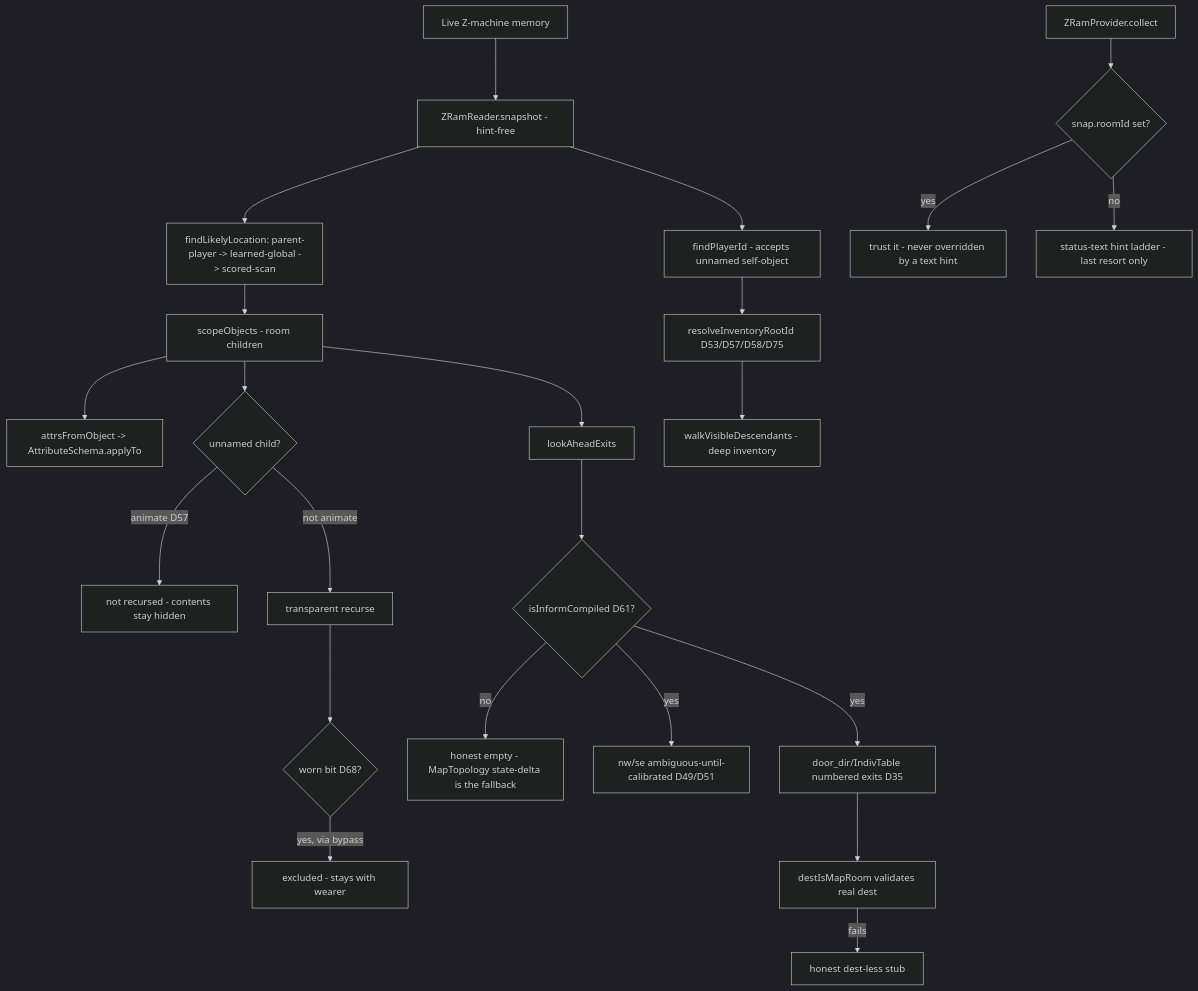
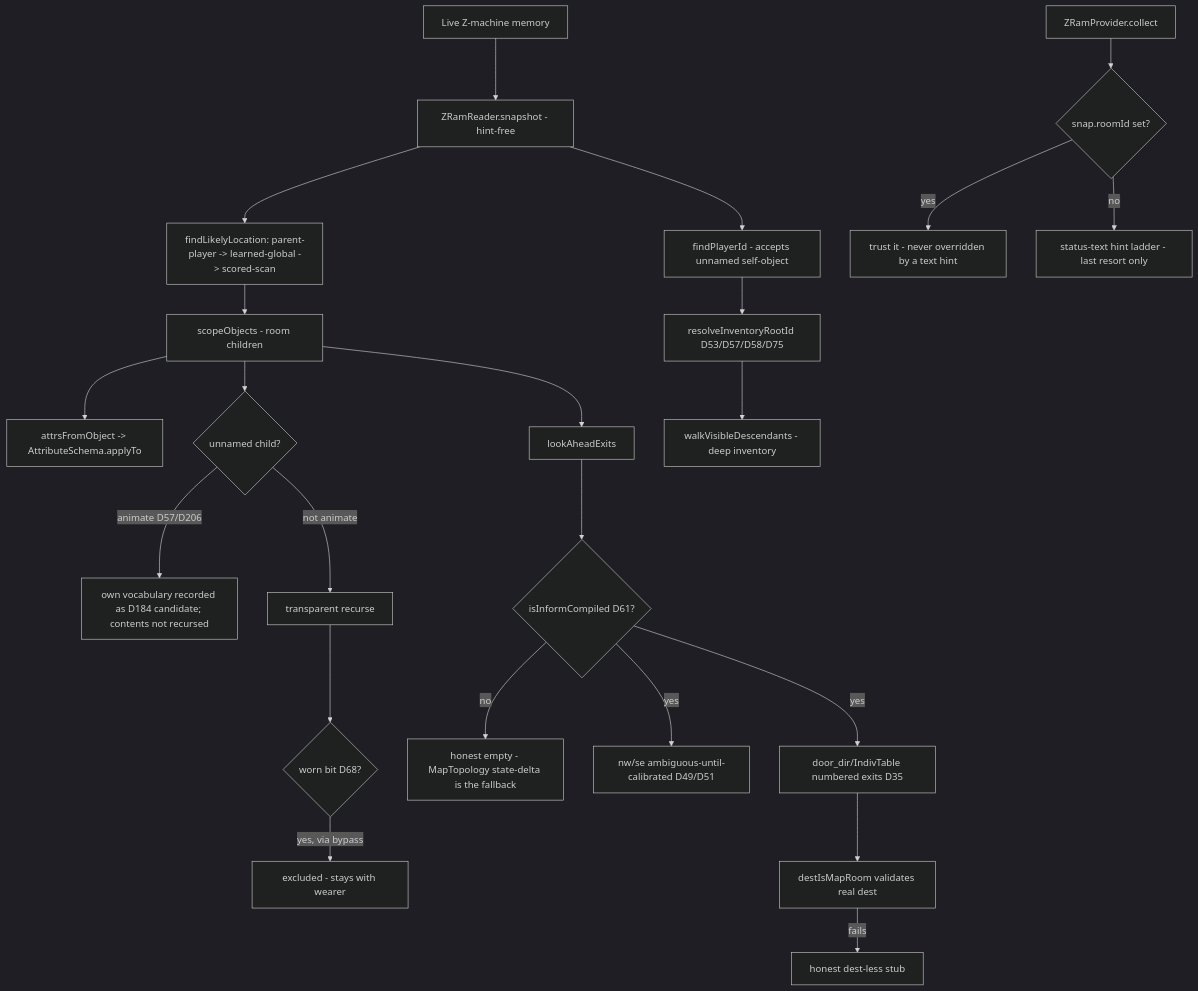
One commit to Hymlock/ParchLock changed diagram 24 of 57 in ARCHITECTURE_UML.md. Above: the diagram before and after it, drawn with Mermaid (dark theme). The commit also changed other lines of this file and 119 other files, not shown here.

````diff
--- a/ARCHITECTURE_UML.md
+++ b/ARCHITECTURE_UML.md
@@ -1288,25 +1299,25 @@
 ```mermaid
 flowchart TD
   MEM[Live Z-machine memory] --> SNAP[ZRamReader.snapshot - hint-free]
   SNAP --> LIKELY[findLikelyLocation: parent-player -> learned-global -> scored-scan]
   LIKELY --> SCOPE[scopeObjects - room children]
   SCOPE --> ATTRS[attrsFromObject -> AttributeSchema.applyTo]
   SCOPE --> WRAP{unnamed child?}
-  WRAP -->|animate D57| SKIP[not recursed - contents stay hidden]
+  WRAP -->|animate D57/D206| SKIP[own vocabulary recorded as D184 candidate; contents not recursed]
   WRAP -->|not animate| RECURSE[transparent recurse]
   RECURSE --> WORN{worn bit D68?}
   WORN -->|yes, via bypass| DROP[excluded - stays with wearer]
   SCOPE --> EXITS[lookAheadExits]
   EXITS --> INFORM{isInformCompiled D61?}
   INFORM -->|no| NOEXIT[honest empty - MapTopology state-delta is the fallback]
   INFORM -->|yes| DIAG[nw/se ambiguous-until-calibrated D49/D51]
   INFORM -->|yes| DOORDIR[door_dir/IndivTable numbered exits D35]
   DOORDIR --> DESTCHK[destIsMapRoom validates real dest]
   DESTCHK -->|fails| STUB[honest dest-less stub]
   SNAP --> PLAYER[findPlayerId - accepts unnamed self-object]
   PLAYER --> INVROOT[resolveInventoryRootId D53/D57/D58/D75]
   INVROOT --> WALK[walkVisibleDescendants - deep inventory]
   ZP[ZRamProvider.collect] --> SNAPCALL{snap.roomId set?}
   SNAPCALL -->|yes| TRUST[trust it - never overridden by a text hint]
   SNAPCALL -->|no| HINT[status-text hint ladder - last resort only]
 ```
````
